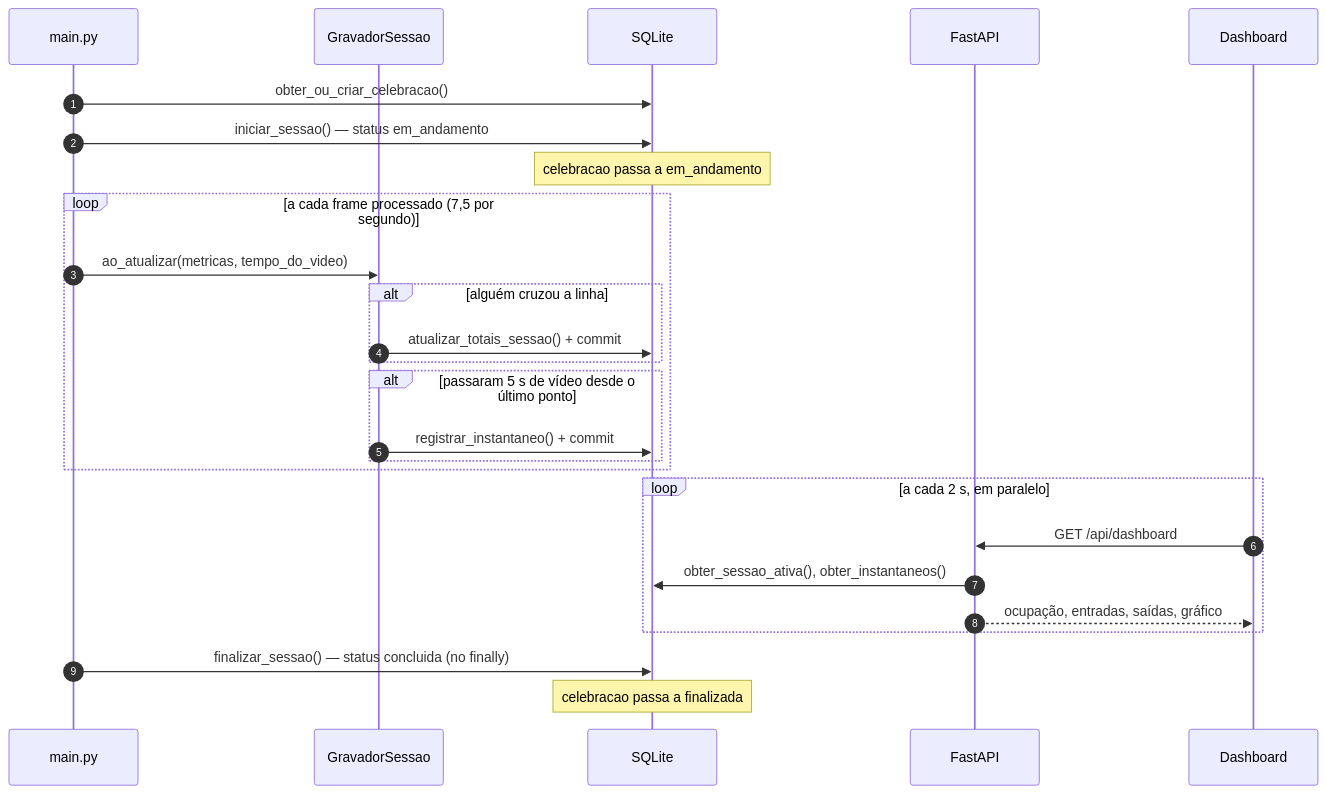
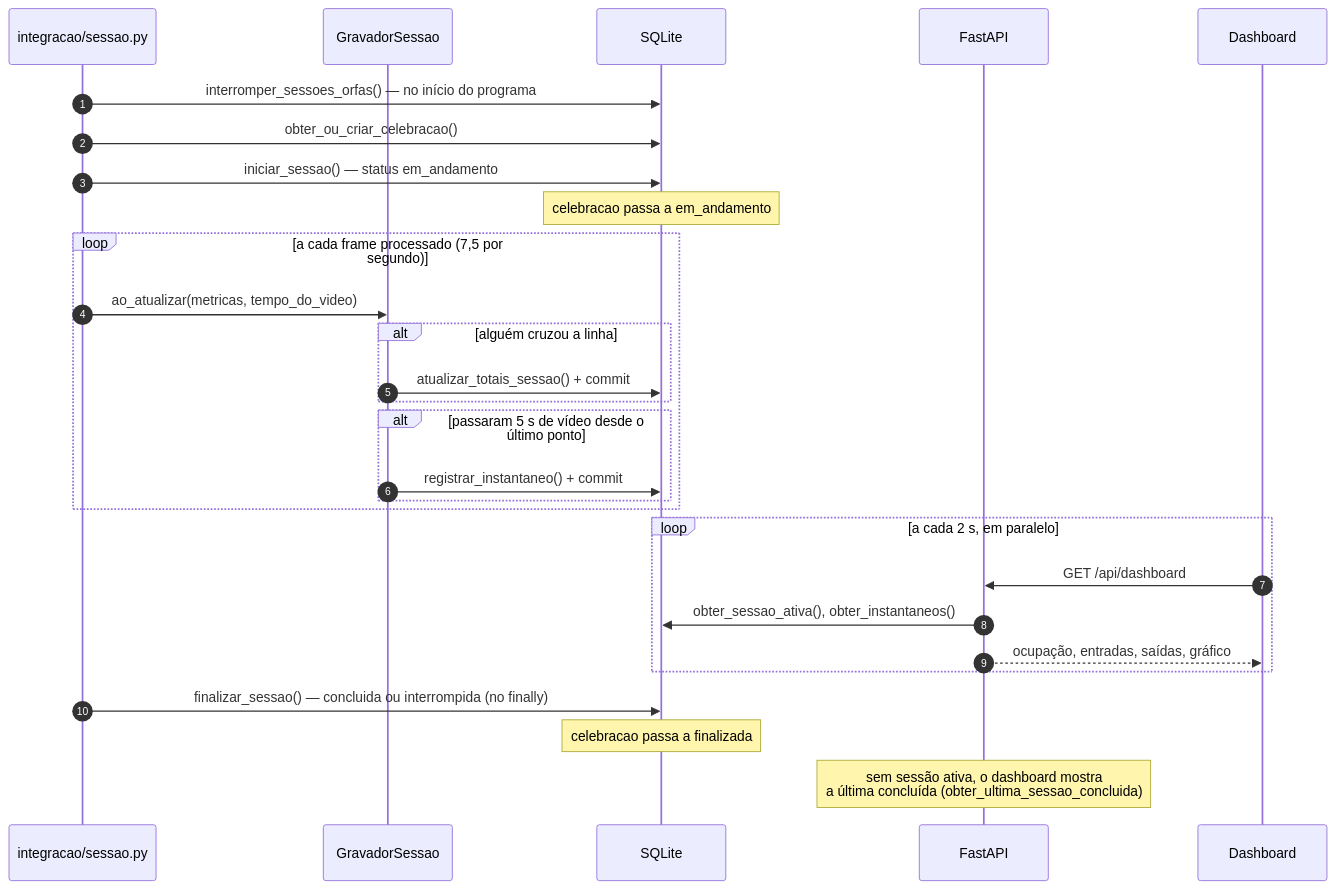
Before and after one commit to FelipeUemura11/EucharistCount-TCC: the fifth of 6 diagrams in backend/DOCUMENTACAO_BANCO.md, drawn with Mermaid. The commit also changed other lines of this file and 5 other files, not shown here.

````diff
--- a/backend/DOCUMENTACAO_BANCO.md
+++ b/backend/DOCUMENTACAO_BANCO.md
@@ -422,32 +439,34 @@
 ```mermaid
 sequenceDiagram
     autonumber
-    participant M as main.py
+    participant M as integracao/sessao.py
     participant G as GravadorSessao
     participant DB as SQLite
     participant API as FastAPI
     participant F as Dashboard
 
+    M->>DB: interromper_sessoes_orfas() — no início do programa
     M->>DB: obter_ou_criar_celebracao()
     M->>DB: iniciar_sessao() — status em_andamento
     Note over DB: celebracao passa a em_andamento
 
     loop a cada frame processado (7,5 por segundo)
         M->>G: ao_atualizar(metricas, tempo_do_video)
         alt alguém cruzou a linha
             G->>DB: atualizar_totais_sessao() + commit
         end
         alt passaram 5 s de vídeo desde o último ponto
             G->>DB: registrar_instantaneo() + commit
         end
     end
 
     loop a cada 2 s, em paralelo
         F->>API: GET /api/dashboard
         API->>DB: obter_sessao_ativa(), obter_instantaneos()
         API-->>F: ocupação, entradas, saídas, gráfico
     end
 
-    M->>DB: finalizar_sessao() — status concluida (no finally)
+    M->>DB: finalizar_sessao() — concluida ou interrompida (no finally)
     Note over DB: celebracao passa a finalizada
+    Note over API: sem sessão ativa, o dashboard mostra<br/>a última concluída (obter_ultima_sessao_concluida)
 ```
````
